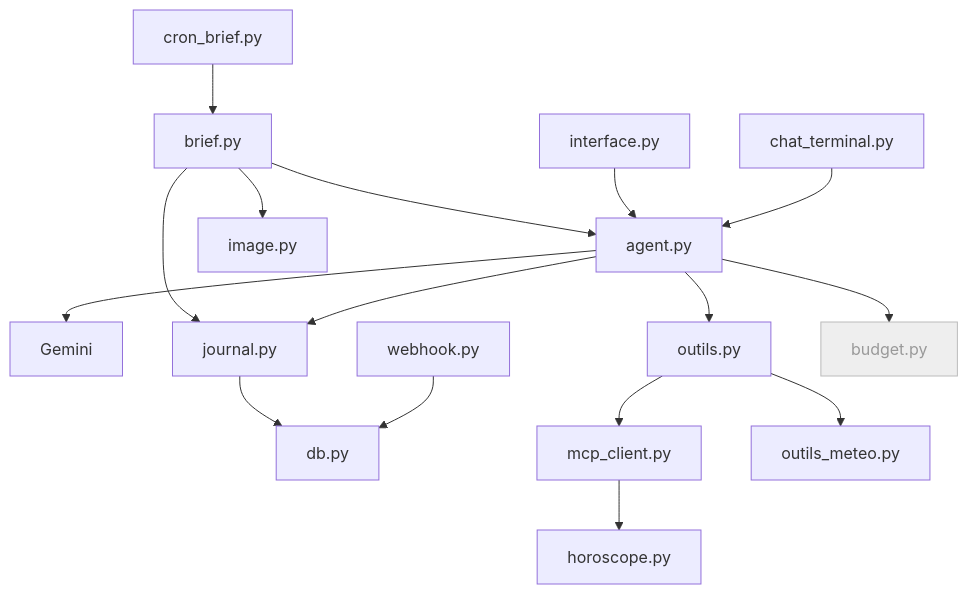
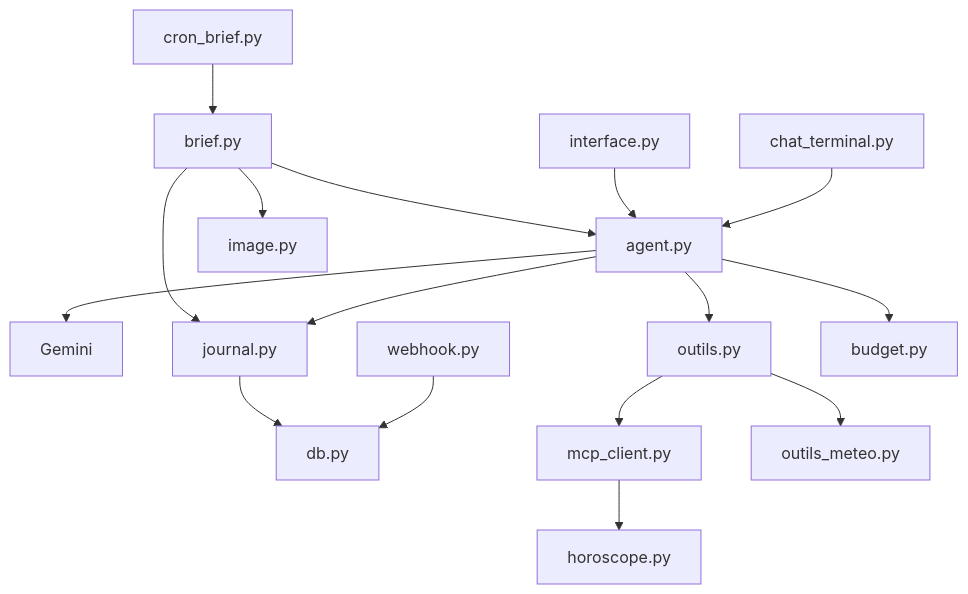
Diagram 34 of 38 in tuto-goodvibe-vibecoding.md (lecinquiemejour-code/goodvibe-tuto), drawn with Mermaid before and after one commit. The commit also changed other lines of this file, not shown here.

````diff
--- a/tuto-goodvibe-vibecoding.md
+++ b/tuto-goodvibe-vibecoding.md
@@ -960,13 +1098,12 @@
 ```mermaid
 flowchart TD
     CHAT["chat_terminal.py"] --> AG["agent.py"] --> GEM["Gemini"]
     WEB["interface.py"] --> AG
     CRON["cron_brief.py"] --> BR["brief.py"] --> AG
     WH["webhook.py"] --> DB["db.py"]
     AG --> OUT["outils.py"] --> MCP["mcp_client.py"] & MET["outils_meteo.py"]
     MCP --> HOR["horoscope.py"]
     BR --> IMG["image.py"]
     AG & BR --> JR["journal.py"] --> DB
-    AG --> BUD["budget.py"]:::todo
-    classDef todo fill:#eee,stroke:#bbb,color:#999
+    AG --> BUD["budget.py"]
 ```
````
